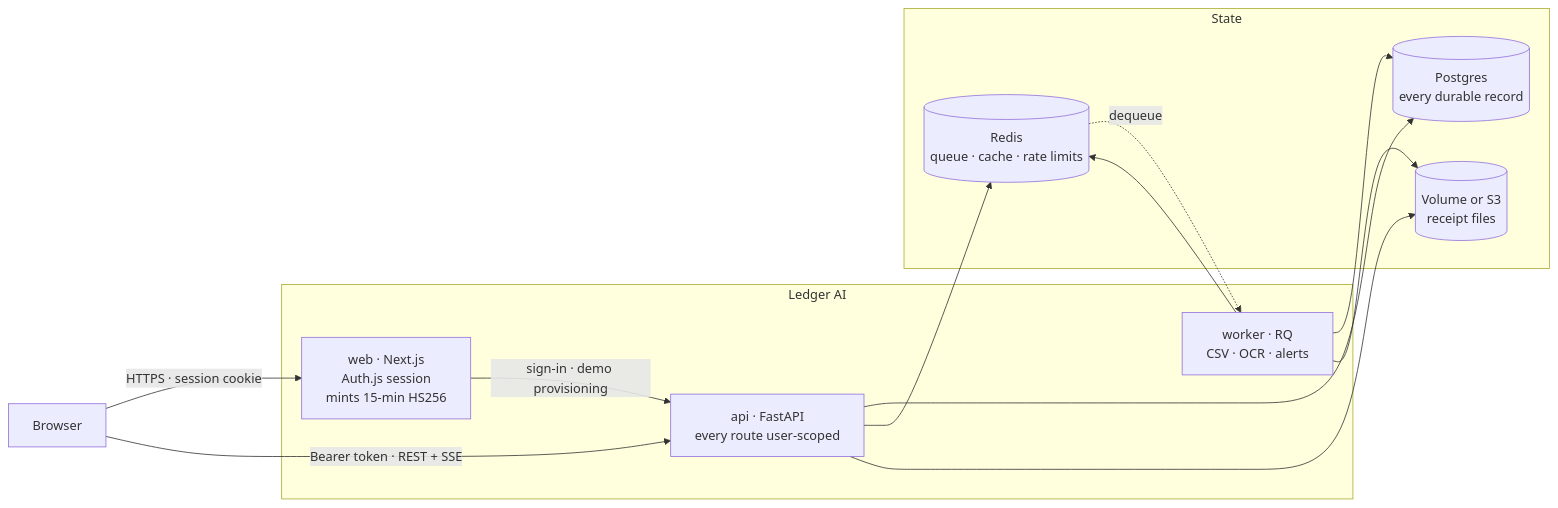
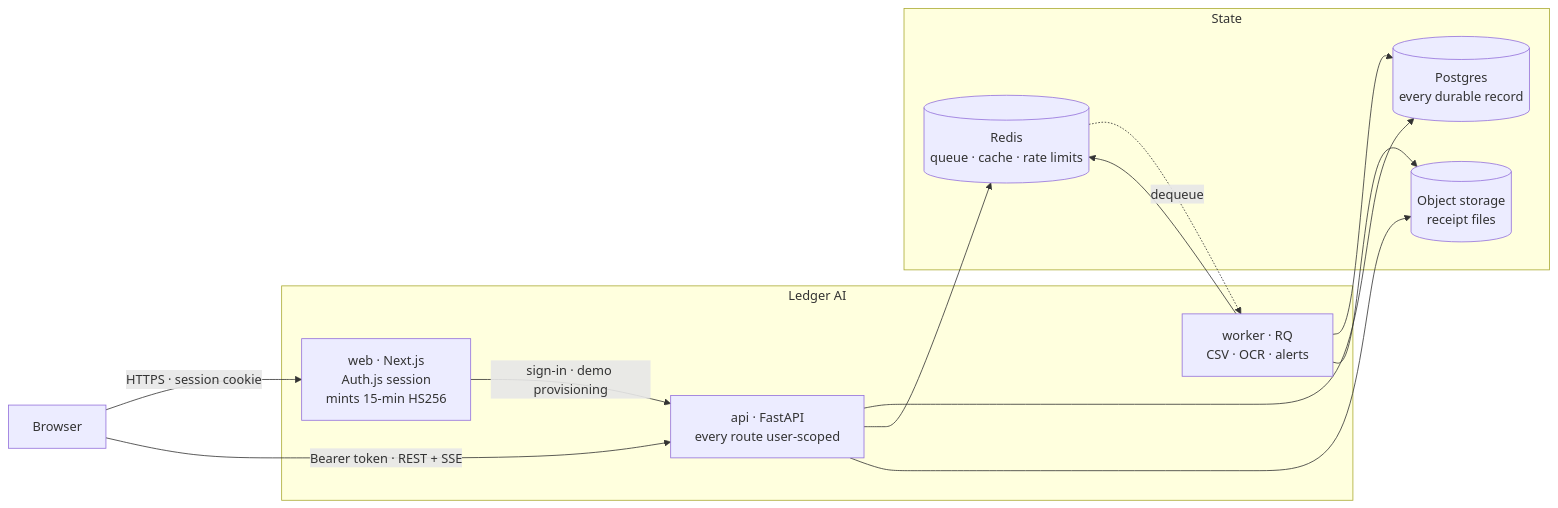
Before and after one commit to yds233013/ledger-ai: the first of 5 diagrams in docs/architecture.md, drawn with Mermaid. The commit also changed other lines of this file and 25 other files, not shown here.

````diff
--- a/docs/architecture.md
+++ b/docs/architecture.md
@@ -5,28 +5,28 @@
 ```mermaid
 flowchart LR
     B["Browser"]
 
     subgraph app["Ledger AI"]
         W["web · Next.js<br/>Auth.js session<br/>mints 15-min HS256"]
         A["api · FastAPI<br/>every route user-scoped"]
         K["worker · RQ<br/>CSV · OCR · alerts"]
     end
 
     subgraph data["State"]
         P[("Postgres<br/>every durable record")]
         R[("Redis<br/>queue · cache · rate limits")]
-        S[("Volume or S3<br/>receipt files")]
+        S[("Object storage<br/>receipt files")]
     end
 
     B -->|"HTTPS · session cookie"| W
     B -->|"Bearer token · REST + SSE"| A
     W -->|"sign-in · demo provisioning"| A
 
     A --> P
     A --> R
     A --> S
     K --> P
     K --> R
     K --> S
     R -.->|"dequeue"| K
 ```
````
